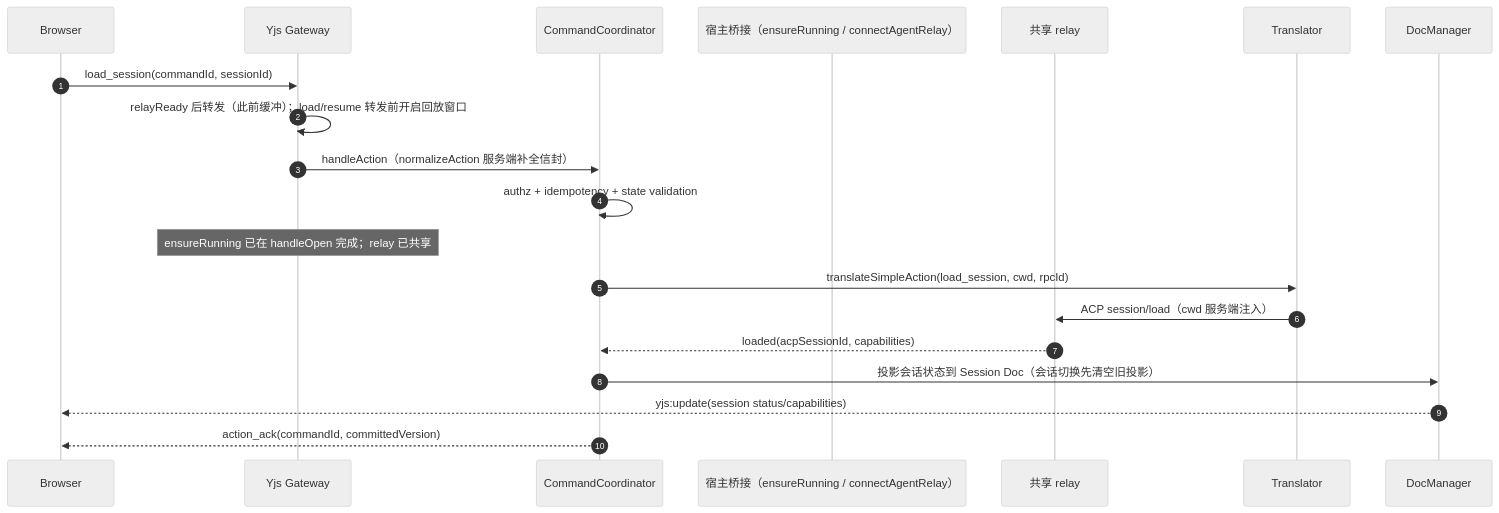
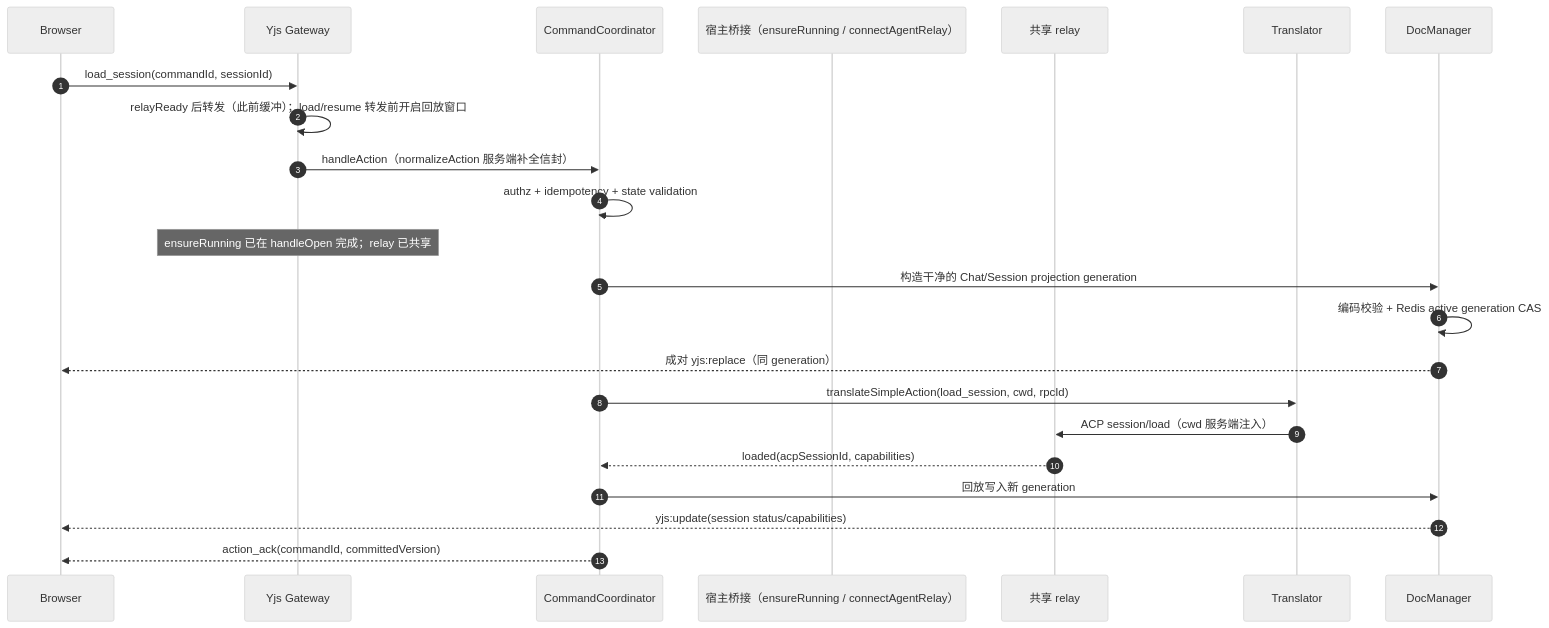
The fourth of 10 diagrams in docs/arch/19-yjs-chat-streaming.md (HuangPuStar/FenixAgent), drawn with Mermaid (neutral theme) before and after one commit. The commit also changed other lines of this file, not shown here.

Commit message:
docs: 更新 YJS 会话同步架构

````diff
--- a/docs/arch/19-yjs-chat-streaming.md
+++ b/docs/arch/19-yjs-chat-streaming.md
@@ -268,23 +281,26 @@
 ```mermaid
 sequenceDiagram
     autonumber
     participant B as Browser
     participant GW as Yjs Gateway
     participant CC as CommandCoordinator
     participant IB as 宿主桥接（ensureRunning / connectAgentRelay）
     participant RL as 共享 relay
     participant TR as Translator
     participant DM as DocManager
 
     B->>GW: load_session(commandId, sessionId)
     GW->>GW: relayReady 后转发（此前缓冲）；load/resume 转发前开启回放窗口
     GW->>CC: handleAction（normalizeAction 服务端补全信封）
     CC->>CC: authz + idempotency + state validation
     Note over GW: ensureRunning 已在 handleOpen 完成；relay 已共享
+    CC->>DM: 构造干净的 Chat/Session projection generation
+    DM->>DM: 编码校验 + Redis active generation CAS
+    DM-->>B: 成对 yjs:replace（同 generation）
     CC->>TR: translateSimpleAction(load_session, cwd, rpcId)
     TR->>RL: ACP session/load（cwd 服务端注入）
     RL-->>CC: loaded(acpSessionId, capabilities)
-    CC->>DM: 投影会话状态到 Session Doc（会话切换先清空旧投影）
+    CC->>DM: 回放写入新 generation
     DM-->>B: yjs:update(session status/capabilities)
     CC-->>B: action_ack(commandId, committedVersion)
 ```
````
